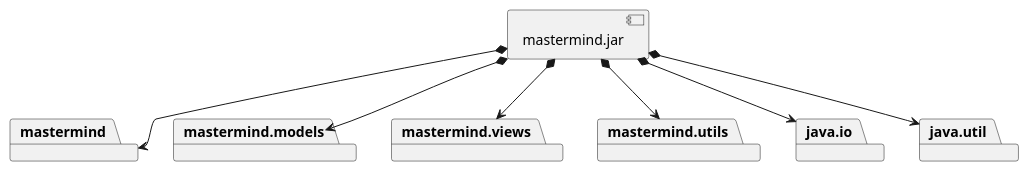
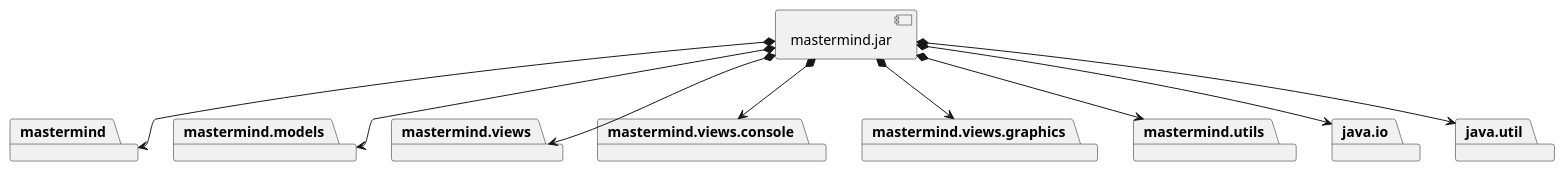
Before and after one commit to SantaTecla-mastermind/solution.java.swing.socket.sql: the first of 2 diagrams in documentView/withoutFactoryMethod/docs/diagrams/src/vistas.plantuml, drawn with PlantUML. The commit also changed 15 other files, not shown here.

Commit message:
README dv.withoutFactory - Falta solo paquete graphics. Refactorizado nombre paquetes con 'usantatecla'.

```diff
--- a/documentView/withoutFactoryMethod/docs/diagrams/src/vistas.plantuml
+++ b/documentView/withoutFactoryMethod/docs/diagrams/src/vistas.plantuml
@@ -1,23 +1,29 @@
 @startuml desarrollo_implementacion
 package "  "  as mastermind {
 }
 package "  "  as mastermind.models {
 }
 package "  "  as mastermind.views {
+}
+package "  "  as mastermind.views.console {
+}
+package "  "  as mastermind.views.graphics {
 }
 package "  "  as mastermind.utils {
 }
 package "  "  as java.io {
 }
 package "  "  as java.util {
 }
 
 [mastermind.jar] as jar
 
 jar *--> mastermind
 jar *--> mastermind.models
 jar *--> mastermind.views
+jar *--> mastermind.views.console
+jar *--> mastermind.views.graphics
 jar *--> mastermind.utils
 jar *--> java.io
 jar *--> java.util
 @enduml
```
